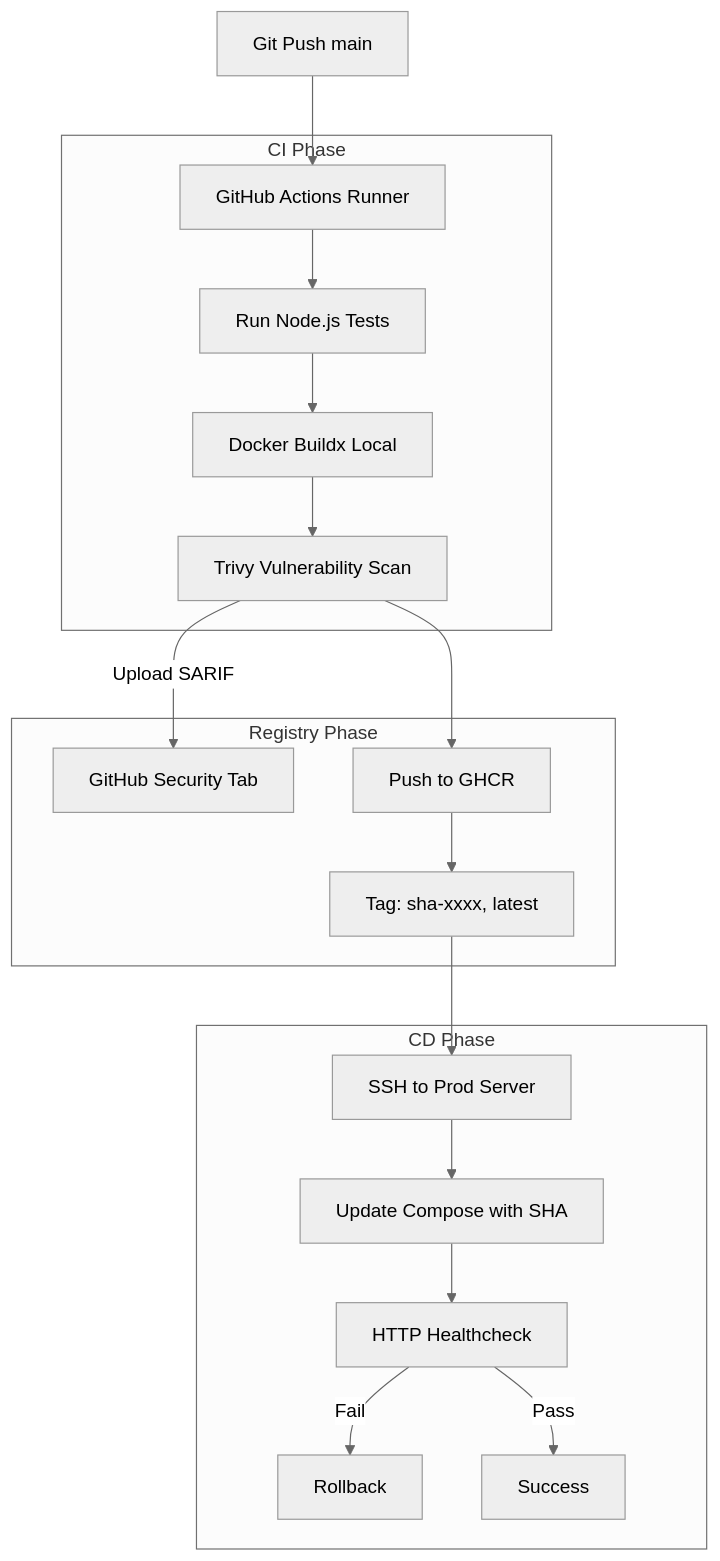
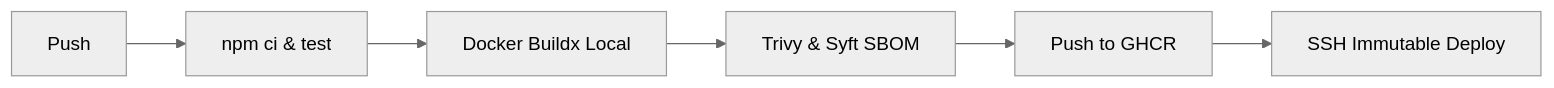
The diagram in README.md (nurekowser01/devops-github-actions), drawn with Mermaid (neutral theme) before and after one commit. The commit also changed other lines of this file and 3 other files, not shown here.

````diff
--- a/README.md
+++ b/README.md
@@ -8,24 +10,8 @@
 ```mermaid
-graph TD
-    Push[Git Push main] --> GHA[GitHub Actions Runner]
-    
-    subgraph CI Phase
-        GHA --> Test[Run Node.js Tests]
-        Test --> Build[Docker Buildx Local]
-        Build --> Scan[Trivy Vulnerability Scan]
-    end
-    
-    subgraph Registry Phase
-        Scan -->|Upload SARIF| Sec[GitHub Security Tab]
-        Scan --> PushImage[Push to GHCR]
-        PushImage --> Tag[Tag: sha-xxxx, latest]
-    end
-    
-    subgraph CD Phase
-        Tag --> Deploy[SSH to Prod Server]
-        Deploy --> Update[Update Compose with SHA]
-        Update --> Health[HTTP Healthcheck]
-        Health -->|Fail| Rollback[Rollback]
-        Health -->|Pass| Success[Success]
-    end
+flowchart LR
+    Push --> Test[npm ci & test]
+    Test --> Build[Docker Buildx Local]
+    Build --> Scan[Trivy & Syft SBOM]
+    Scan --> PushImage[Push to GHCR]
+    PushImage --> Deploy[SSH Immutable Deploy]
 ```
````
